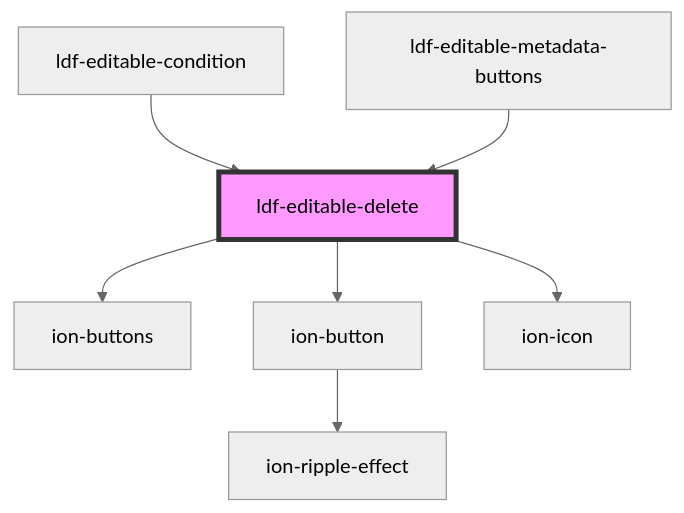
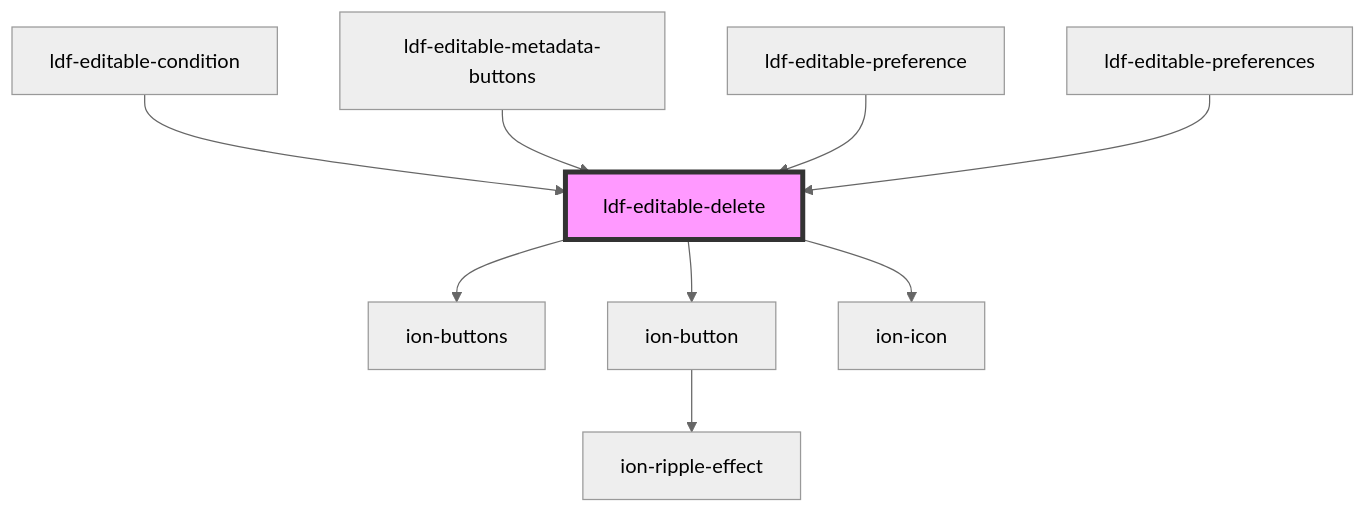
The diagram in components/src/components/editable-delete/readme.md (gbj/venite), drawn with Mermaid (neutral theme) before and after one commit. The commit also changed other lines of this file and 18 other files, not shown here.

````diff
--- a/components/src/components/editable-delete/readme.md
+++ b/components/src/components/editable-delete/readme.md
@@ -38,10 +41,12 @@
 ```mermaid
 graph TD;
   ldf-editable-delete --> ion-buttons
   ldf-editable-delete --> ion-button
   ldf-editable-delete --> ion-icon
   ion-button --> ion-ripple-effect
   ldf-editable-condition --> ldf-editable-delete
   ldf-editable-metadata-buttons --> ldf-editable-delete
+  ldf-editable-preference --> ldf-editable-delete
+  ldf-editable-preferences --> ldf-editable-delete
   style ldf-editable-delete fill:#f9f,stroke:#333,stroke-width:4px
 ```
````
